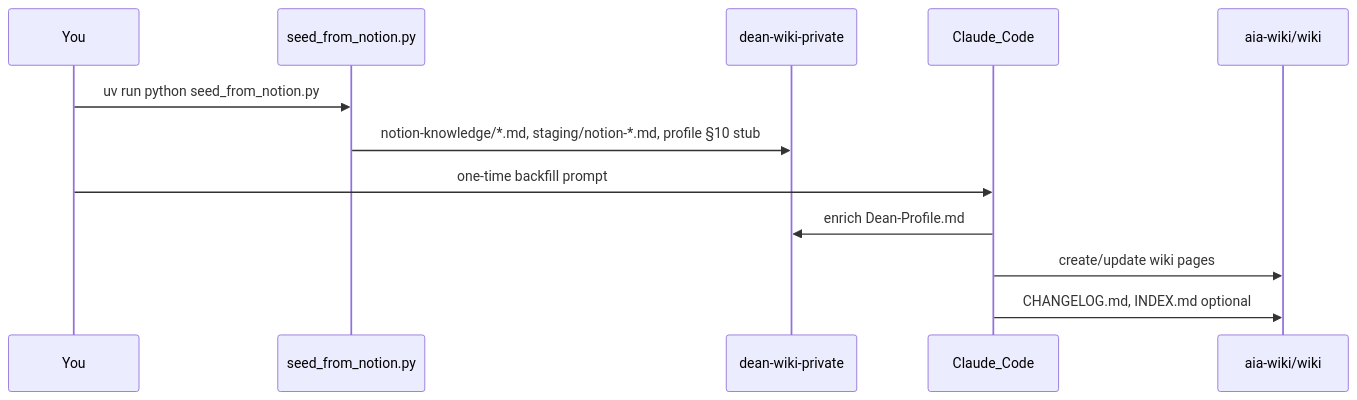
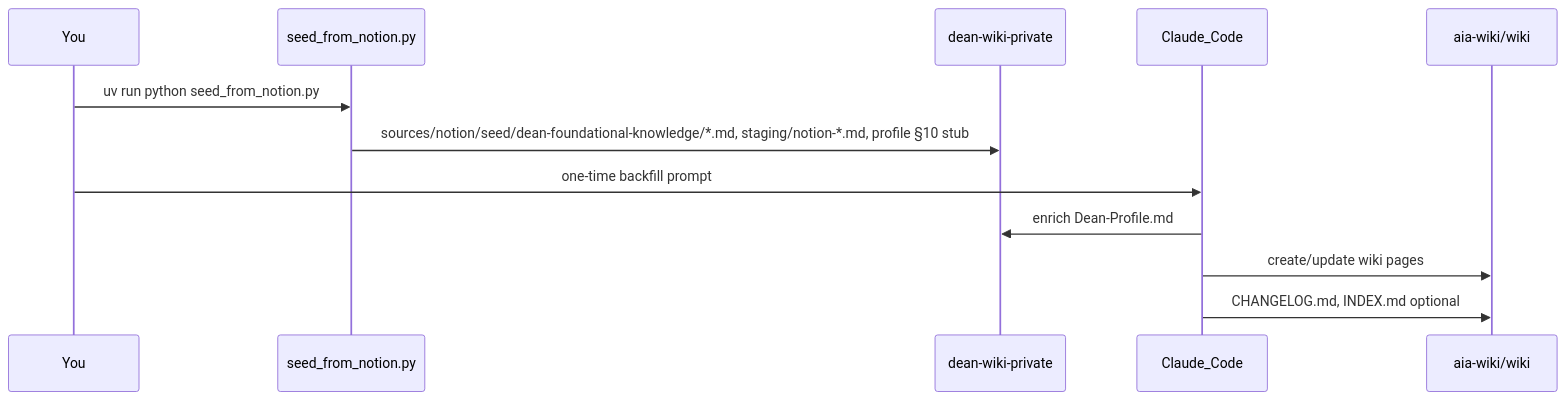
One commit to dean2727/aia-wiki changed the second of 2 diagrams in specs/notion_wiki_seeding.plan.md. Above: the diagram before and after it, drawn with Mermaid. The commit also changed other lines of this file and 93 other files, not shown here.

````diff
--- a/specs/notion_wiki_seeding.plan.md
+++ b/specs/notion_wiki_seeding.plan.md
@@ -213,15 +213,15 @@
 ```mermaid
 sequenceDiagram
   participant You
   participant Seed as seed_from_notion.py
   participant Private as dean-wiki-private
   participant Claude as Claude_Code
   participant Wiki as aia-wiki/wiki
 
   You->>Seed: uv run python seed_from_notion.py
-  Seed->>Private: notion-knowledge/*.md, staging/notion-*.md, profile §10 stub
+  Seed->>Private: sources/notion/seed/dean-foundational-knowledge/*.md, staging/notion-*.md, profile §10 stub
   You->>Claude: one-time backfill prompt
   Claude->>Private: enrich Dean-Profile.md
   Claude->>Wiki: create/update wiki pages
   Claude->>Wiki: CHANGELOG.md, INDEX.md optional
 ```
````
